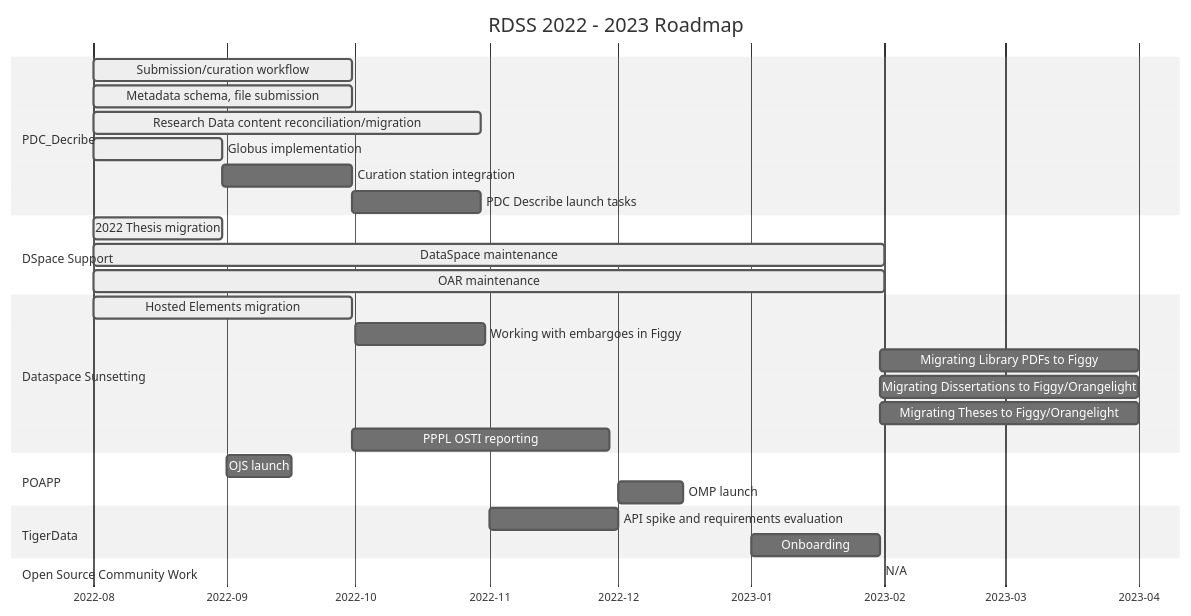
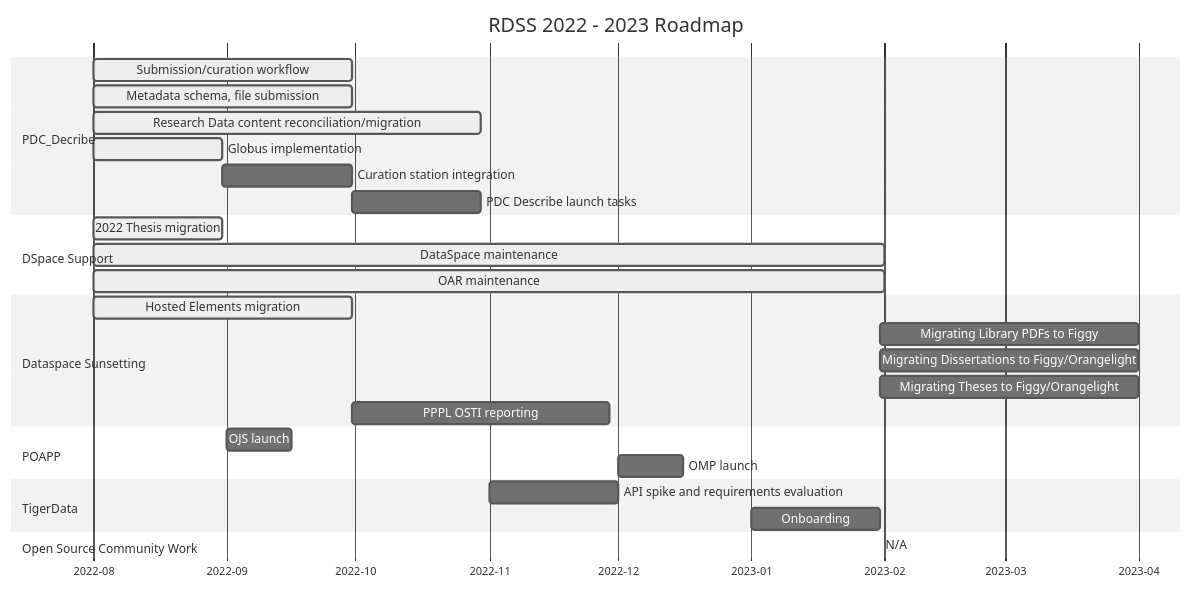
One commit to pulibrary/rdss-handbook changed the first of 5 diagrams in roadmap.md. Above: the diagram before and after it, drawn with Mermaid (neutral theme). The commit also changed other lines of this file, not shown here.

Commit message:
Added bus roadmap

````diff
--- a/roadmap.md
+++ b/roadmap.md
@@ -5,32 +5,31 @@
 ```mermaid
 gantt
     title RDSS 2022 - 2023 Roadmap
     axisFormat  %Y-%m
     dateformat YYYY-MM
     section PDC_Decribe
     Submission/curation workflow :active, pd1, 2022-08, 60d
     Metadata schema, file submission :active, pd2, 2022-08, 60d
     Research Data content reconciliation/migration :active, pd3, 2022-08, 90d
     Globus implementation :active, pd4, 2022-08, 30d
     Curation station integration: pd5, after pd4, 30d
     PDC Describe launch tasks: pd6, after pd5, 30d
     section DSpace Support
     2022 Thesis migration :active, dsp1, 2022-08, 30d
     DataSpace maintenance :active, dsp2, 2022-08, 2023-02
     OAR maintenance :active, dsp2, 2022-08, 2023-02
     section Dataspace Sunsetting
     Hosted Elements migration :active, ds1, 2022-08, 60d
-    Working with embargoes in Figgy: ds2, 2022-10, 30d
     Migrating Library PDFs to Figgy: ds4, after td2, 60d
     Migrating Dissertations to Figgy/Orangelight: ds5, after td2, 60d
     Migrating Theses to Figgy/Orangelight: ds6, after td2, 60d
     PPPL OSTI reporting: ds3, after pd5,60d
     section POAPP
     OJS launch: po1, 2022-09, 15d
     OMP launch: po2, 2022-12, 15d
     section TigerData
     API spike and requirements evaluation: td1, 2022-11, 30d
     Onboarding: td2, 2023-01, 30d
     section Open Source Community Work
     N/A: os1
 ```
````
